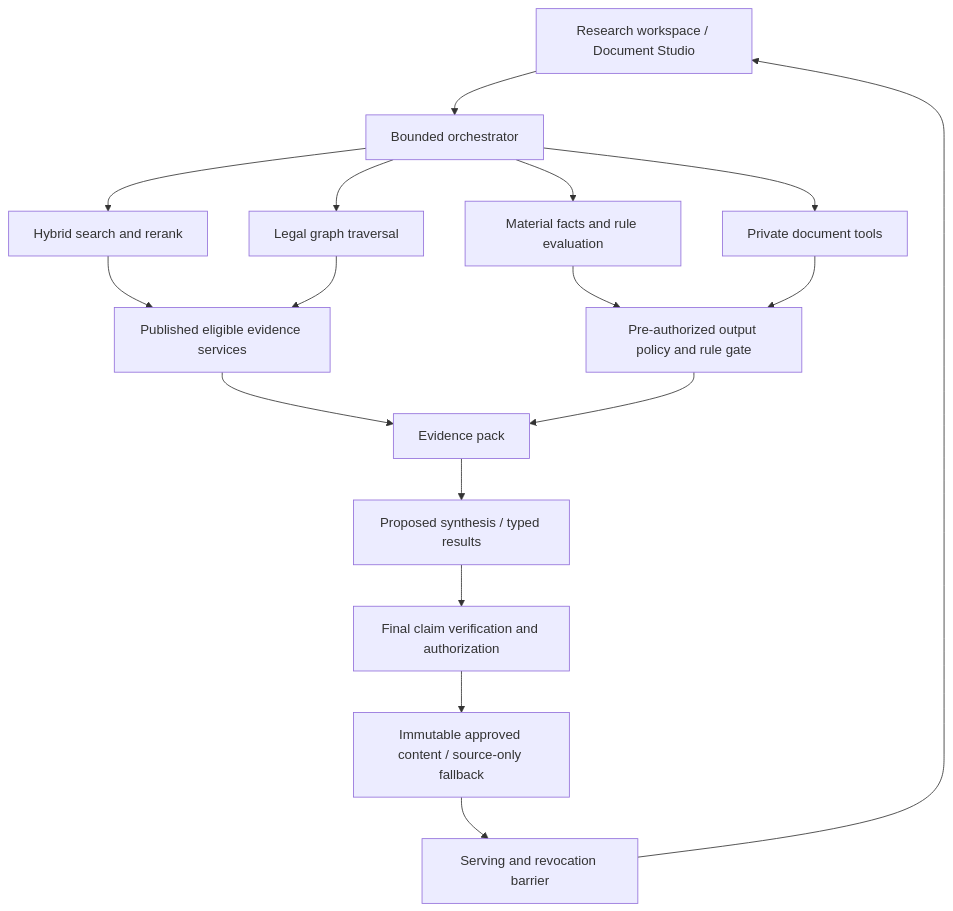
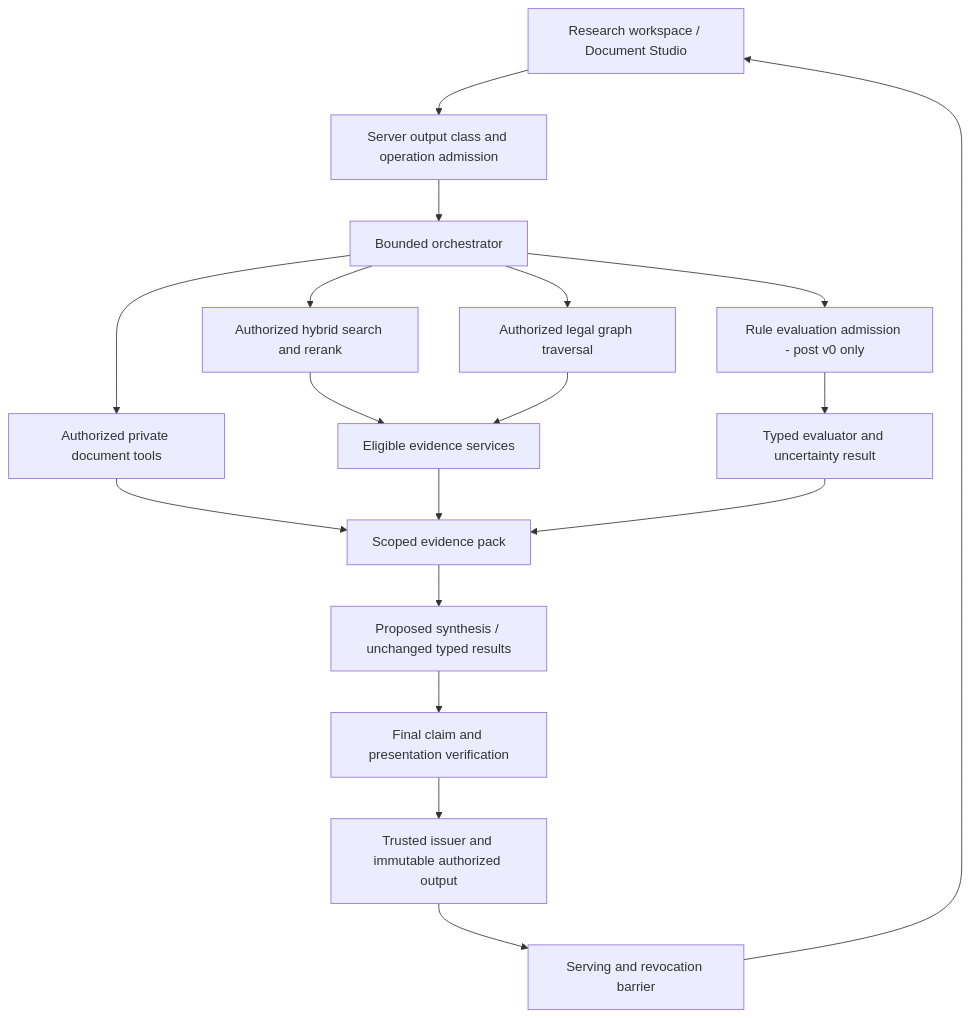
Before and after one commit to hariomahlawat/mimamsa-corpus: the diagram in docs/architecture/intelligence/AGENTIC_AI_ARCHITECTURE.md, drawn with Mermaid. The commit also changed other lines of this file and 10 other files, not shown here.

````diff
--- a/docs/architecture/intelligence/AGENTIC_AI_ARCHITECTURE.md
+++ b/docs/architecture/intelligence/AGENTIC_AI_ARCHITECTURE.md
@@ -9,19 +9,20 @@
 ```mermaid
 flowchart TD
-  U[Research workspace / Document Studio] --> O[Bounded orchestrator]
-  O --> H[Hybrid search and rerank]
-  O --> G[Legal graph traversal]
-  O --> F[Material facts and rule evaluation]
-  O --> D[Private document tools]
-  H --> S[Published eligible evidence services]
+  U[Research workspace / Document Studio] --> A[Server output class and operation admission]
+  A --> O[Bounded orchestrator]
+  O --> H[Authorized hybrid search and rerank]
+  O --> G[Authorized legal graph traversal]
+  O --> D[Authorized private document tools]
+  O --> F[Rule evaluation admission - post v0 only]
+  F --> T[Typed evaluator and uncertainty result]
+  H --> S[Eligible evidence services]
   G --> S
-  F --> V[Pre-authorized output policy and rule gate]
-  D --> V
-  S --> P[Evidence pack]
-  V --> P
-  P --> Y[Proposed synthesis / typed results]
-  Y --> E[Final claim verification and authorization]
-  E --> B[Immutable approved content / source-only fallback]
+  D --> P[Scoped evidence pack]
+  S --> P
+  T --> P
+  P --> Y[Proposed synthesis / unchanged typed results]
+  Y --> E[Final claim and presentation verification]
+  E --> B[Trusted issuer and immutable authorized output]
   B --> R[Serving and revocation barrier]
   R --> U
 ```
````
